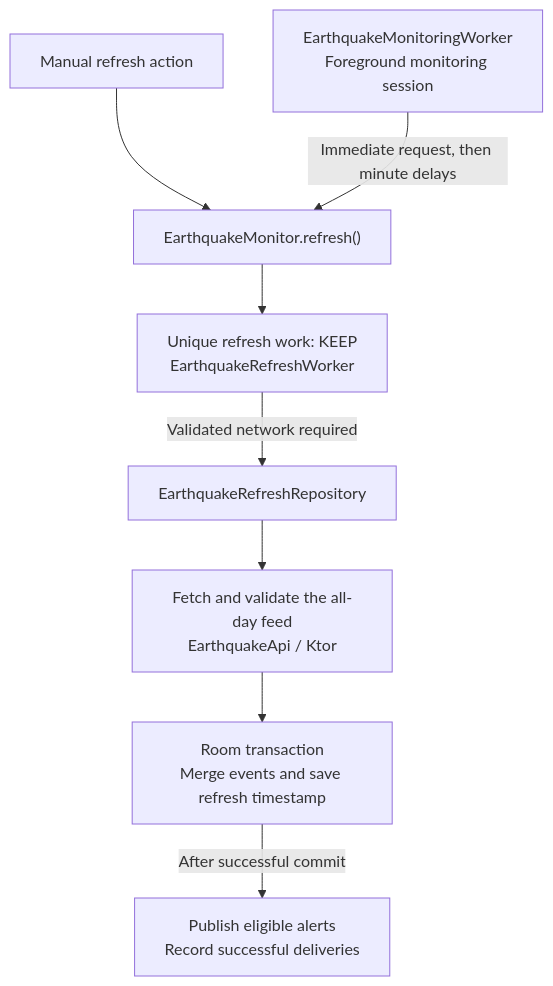
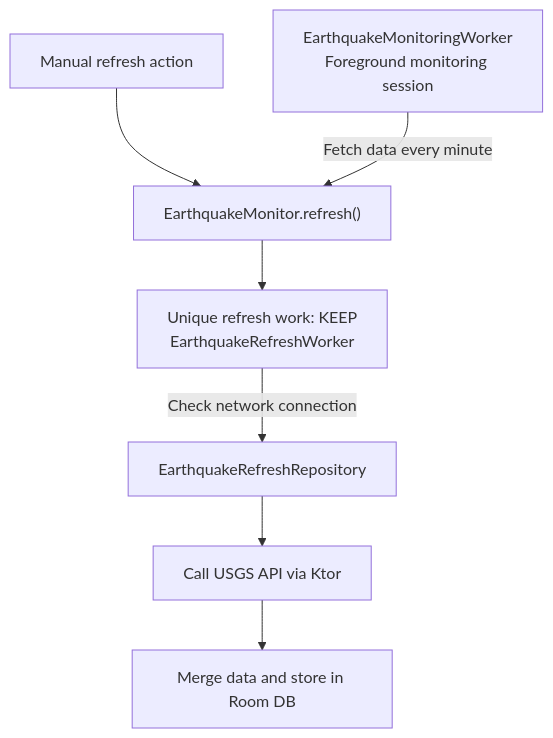
Before and after one commit to JohnTurkson/earthquake-tracker: the third of 4 diagrams in README.draft.md, drawn with Mermaid. The commit also changed other lines of this file, not shown here.

Commit message:
Simplify refresh diagram and clarify latest request status

````diff
--- a/README.draft.md
+++ b/README.draft.md
@@ -194,19 +194,17 @@
 ```mermaid
 flowchart TB
     MANUAL["Manual refresh action"]
     SESSION["EarthquakeMonitoringWorker<br/>Foreground monitoring session"]
     REQUEST["EarthquakeMonitor.refresh()"]
     WORK["Unique refresh work: KEEP<br/>EarthquakeRefreshWorker"]
     REPO["EarthquakeRefreshRepository"]
-    FETCH["Fetch and validate the all-day feed<br/>EarthquakeApi / Ktor"]
-    SAVE["Room transaction<br/>Merge events and save refresh timestamp"]
-    ALERTS["Publish eligible alerts<br/>Record successful deliveries"]
+    FETCH["Call USGS API via Ktor"]
+    SAVE["Merge data and store in Room DB"]
 
     MANUAL --> REQUEST
-    SESSION -->|Immediate request, then minute delays| REQUEST
+    SESSION -->|Fetch data every minute| REQUEST
     REQUEST --> WORK
-    WORK -->|Validated network required| REPO
+    WORK -->|Check network connection| REPO
     REPO --> FETCH
     FETCH --> SAVE
-    SAVE -->|After successful commit| ALERTS
 ```
````
